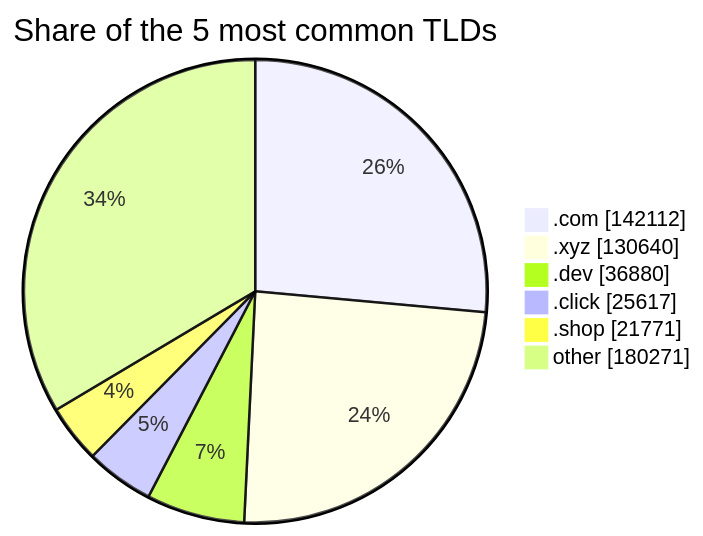
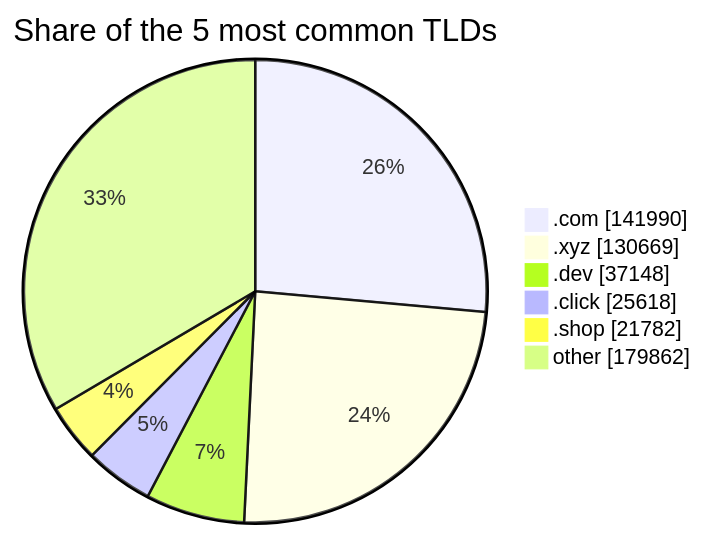
The third of 3 diagrams in README.md (DNSBunker/CTI), drawn with Mermaid before and after one commit. The commit also changed other lines of this file and 3 other files, not shown here.

````diff
--- a/README.md
+++ b/README.md
@@ -81,9 +81,9 @@
 ```mermaid
 pie showData title Share of the 5 most common TLDs
-    ".com" : 142112
-    ".xyz" : 130640
-    ".dev" : 36880
-    ".click" : 25617
-    ".shop" : 21771
-    "other" : 180271
+    ".com" : 141990
+    ".xyz" : 130669
+    ".dev" : 37148
+    ".click" : 25618
+    ".shop" : 21782
+    "other" : 179862
 ```
````
